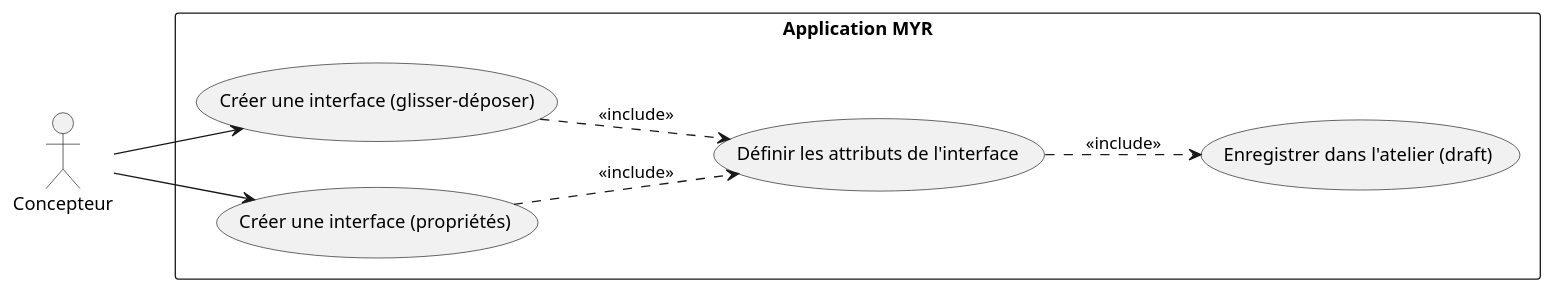
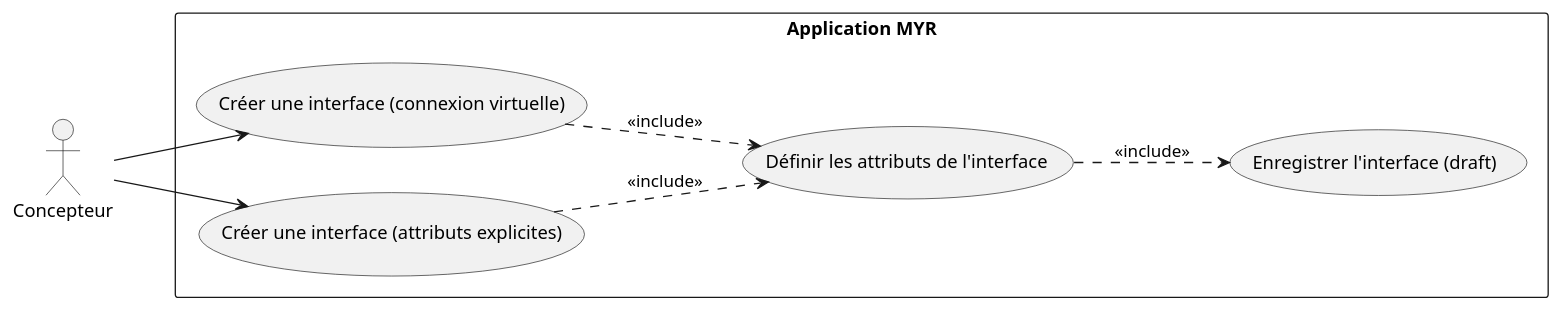
Before and after one commit to olivaux/myr: the first of 2 diagrams in specs/1-Expression/UCAM-Atelier_Module/UCAM03.md, drawn with PlantUML. The commit also changed other lines of this file and 65 other files, not shown here.

````diff
--- a/specs/1-Expression/UCAM-Atelier_Module/UCAM03.md
+++ b/specs/1-Expression/UCAM-Atelier_Module/UCAM03.md
@@ -13,21 +13,21 @@
 ```plantuml
 @startuml
 left to right direction
 
 actor "Concepteur" as C
 
 rectangle "Application MYR" {
-    usecase "Créer une interface (glisser-déposer)" as UC1
-    usecase "Créer une interface (propriétés)" as UC2
+    usecase "Créer une interface (connexion virtuelle)" as UC1
+    usecase "Créer une interface (attributs explicites)" as UC2
     usecase "Définir les attributs de l'interface" as UC3
-    usecase "Enregistrer dans l'atelier (draft)" as UC4
+    usecase "Enregistrer l'interface (draft)" as UC4
 }
 
 C --> UC1
 C --> UC2
 UC1 ..> UC3 : <<include>>
 UC2 ..> UC3 : <<include>>
 UC3 ..> UC4 : <<include>>
 
 @enduml
 ```
````
